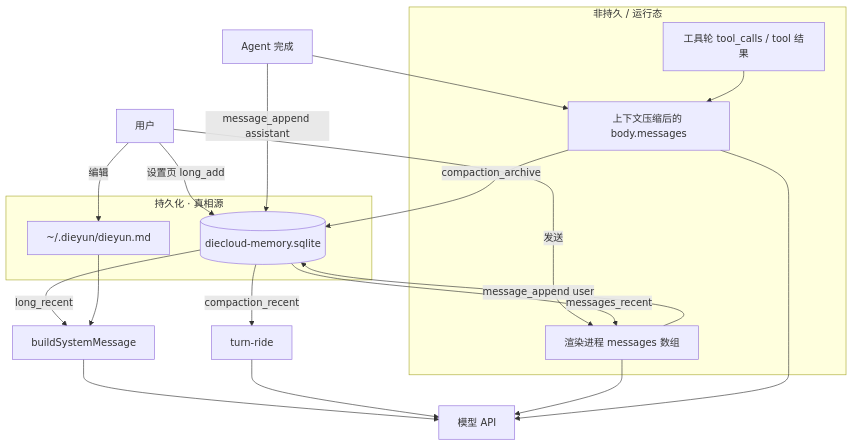
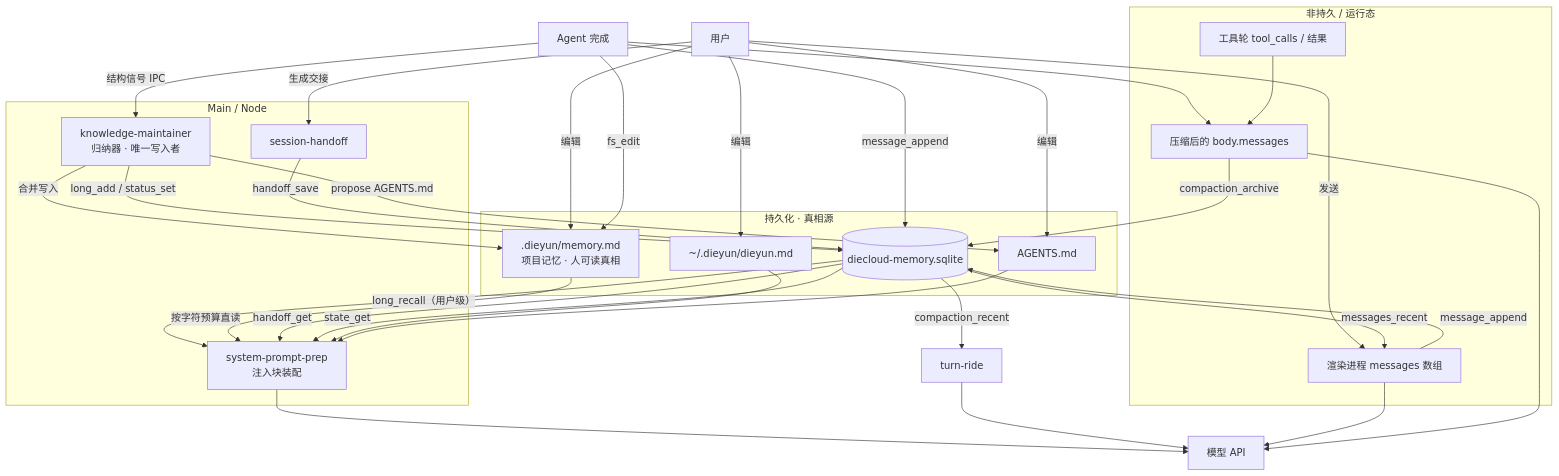
Before and after one commit to zuochamo/dieyunagent: the first of 2 diagrams in docs/MEMORY.md, drawn with Mermaid. The commit also changed other lines of this file and 16 other files, not shown here.

````diff
--- a/docs/MEMORY.md
+++ b/docs/MEMORY.md
@@ -32,34 +39,53 @@
 ```mermaid
 flowchart TB
   subgraph persist["持久化 · 真相源"]
     DB[(diecloud-memory.sqlite)]
     DYM[~/.dieyun/dieyun.md]
+    AGM[AGENTS.md]
+    PMF[.dieyun/memory.md<br/>项目记忆 · 人可读真相]
+  end
+
+  subgraph main["Main / Node"]
+    KM[knowledge-maintainer<br/>归纳器 · 唯一写入者]
+    SP[system-prompt-prep<br/>注入块装配]
+    HO[session-handoff]
   end
 
   subgraph ephemeral["非持久 / 运行态"]
     RAM[渲染进程 messages 数组]
-    COMP[上下文压缩后的 body.messages]
-    TOOLS[工具轮 tool_calls / tool 结果]
+    COMP[压缩后的 body.messages]
+    TOOLS[工具轮 tool_calls / 结果]
   end
 
   User[用户] -->|发送| RAM
-  User -->|设置页 long_add| DB
   User -->|编辑| DYM
+  User -->|编辑| AGM
+  User -->|编辑| PMF
+  Agent -->|fs_edit| PMF
 
-  RAM -->|message_append user| DB
-  Agent[Agent 完成] -->|message_append assistant| DB
+  RAM -->|message_append| DB
+  Agent[Agent 完成] -->|message_append| DB
   Agent --> COMP
   TOOLS --> COMP
   COMP -->|compaction_archive| DB
+  Agent -->|结构信号 IPC| KM
+  KM -->|long_add / status_set| DB
+  KM -->|合并写入| PMF
+  KM -->|propose AGENTS.md| AGM
+  User -->|生成交接| HO
+  HO -->|handoff_save| DB
 
   DB -->|messages_recent| RAM
-  DB -->|long_recent| SYS[buildSystemMessage]
+  DB -->|long_recall（用户级）| SP
+  PMF -->|按字符预算直读| SP
+  DB -->|handoff_get| SP
+  DB -->|state_get| SP
   DB -->|compaction_recent| TURN[turn-ride]
-  DYM --> SYS
+  DYM --> SP
+  AGM --> SP
 
-  SYS --> LLM[模型 API]
+  SP --> LLM[模型 API]
   TURN --> LLM
   RAM --> LLM
   COMP --> LLM
-
 ```
````
